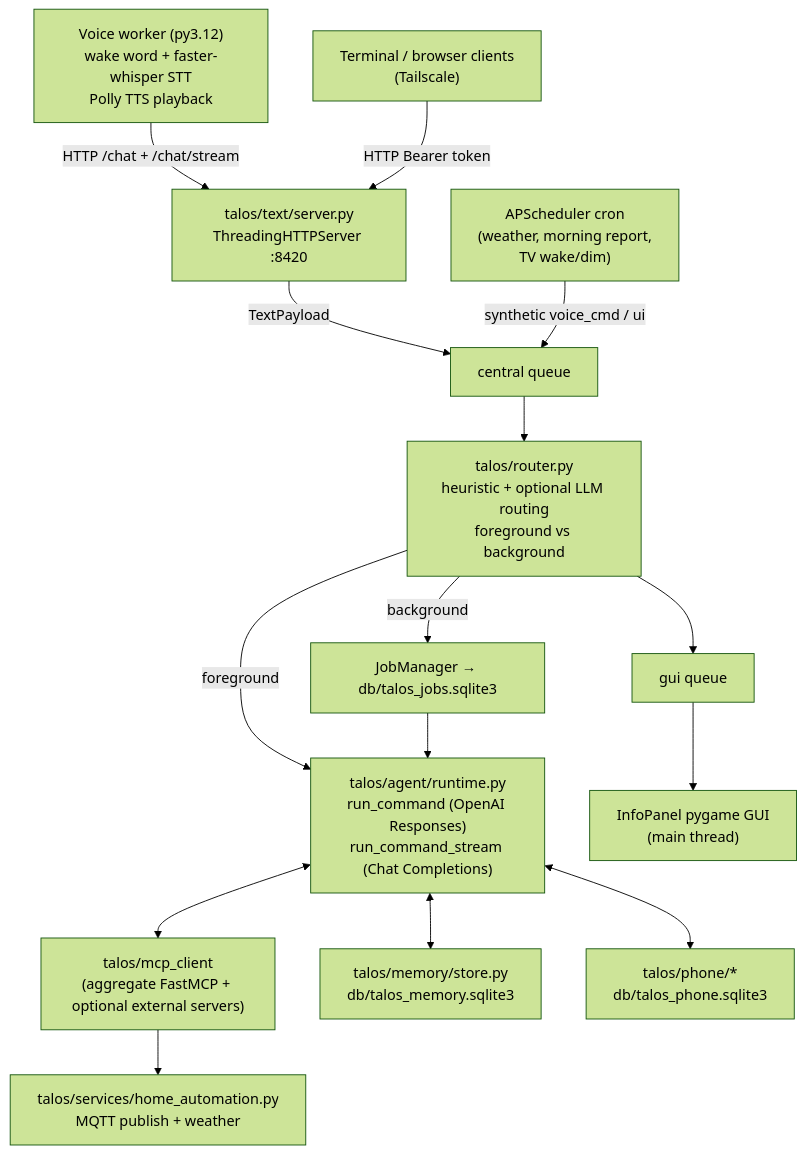
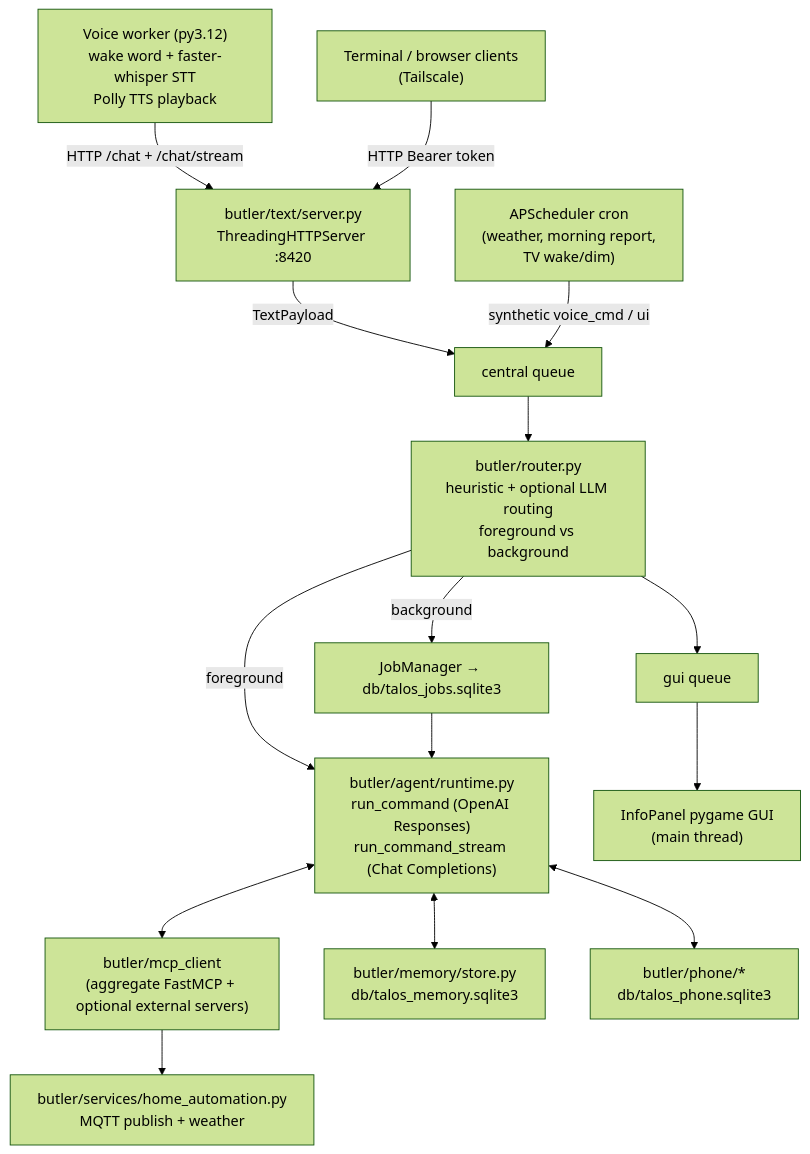
One commit to Lambchops118/B.U.T.L.E.R changed the first of 2 diagrams in docs/awareness-memory/DISCOVERY.md. Above: the diagram before and after it, drawn with Mermaid (forest theme). The commit also changed other lines of this file and 483 other files, not shown here.

````diff
--- a/docs/awareness-memory/DISCOVERY.md
+++ b/docs/awareness-memory/DISCOVERY.md
@@ -46,16 +46,16 @@
 ```mermaid
 flowchart TD
     MIC["Voice worker (py3.12)\nwake word + faster-whisper STT\nPolly TTS playback"] -->|HTTP /chat + /chat/stream| TXT
     CLI["Terminal / browser clients\n(Tailscale)"] -->|HTTP Bearer token| TXT
-    TXT["talos/text/server.py\nThreadingHTTPServer :8420"] -->|TextPayload| CQ[central queue]
+    TXT["butler/text/server.py\nThreadingHTTPServer :8420"] -->|TextPayload| CQ[central queue]
     SCHED["APScheduler cron\n(weather, morning report,\nTV wake/dim)"] -->|synthetic voice_cmd / ui| CQ
-    CQ --> ROUTER["talos/router.py\nheuristic + optional LLM routing\nforeground vs background"]
-    ROUTER -->|foreground| RT["talos/agent/runtime.py\nrun_command (OpenAI Responses)\nrun_command_stream (Chat Completions)"]
+    CQ --> ROUTER["butler/router.py\nheuristic + optional LLM routing\nforeground vs background"]
+    ROUTER -->|foreground| RT["butler/agent/runtime.py\nrun_command (OpenAI Responses)\nrun_command_stream (Chat Completions)"]
     ROUTER -->|background| JOBS["JobManager → db/talos_jobs.sqlite3"]
     JOBS --> RT
-    RT <--> MCP["talos/mcp_client\n(aggregate FastMCP + optional external servers)"]
-    MCP --> HA_SVC["talos/services/home_automation.py\nMQTT publish + weather"]
-    RT <--> MEM["talos/memory/store.py\ndb/talos_memory.sqlite3"]
-    RT <--> PHONE["talos/phone/*\ndb/talos_phone.sqlite3"]
+    RT <--> MCP["butler/mcp_client\n(aggregate FastMCP + optional external servers)"]
+    MCP --> HA_SVC["butler/services/home_automation.py\nMQTT publish + weather"]
+    RT <--> MEM["butler/memory/store.py\ndb/talos_memory.sqlite3"]
+    RT <--> PHONE["butler/phone/*\ndb/talos_phone.sqlite3"]
     ROUTER --> GUIQ[gui queue] --> GUI["InfoPanel pygame GUI\n(main thread)"]
 ```
````
